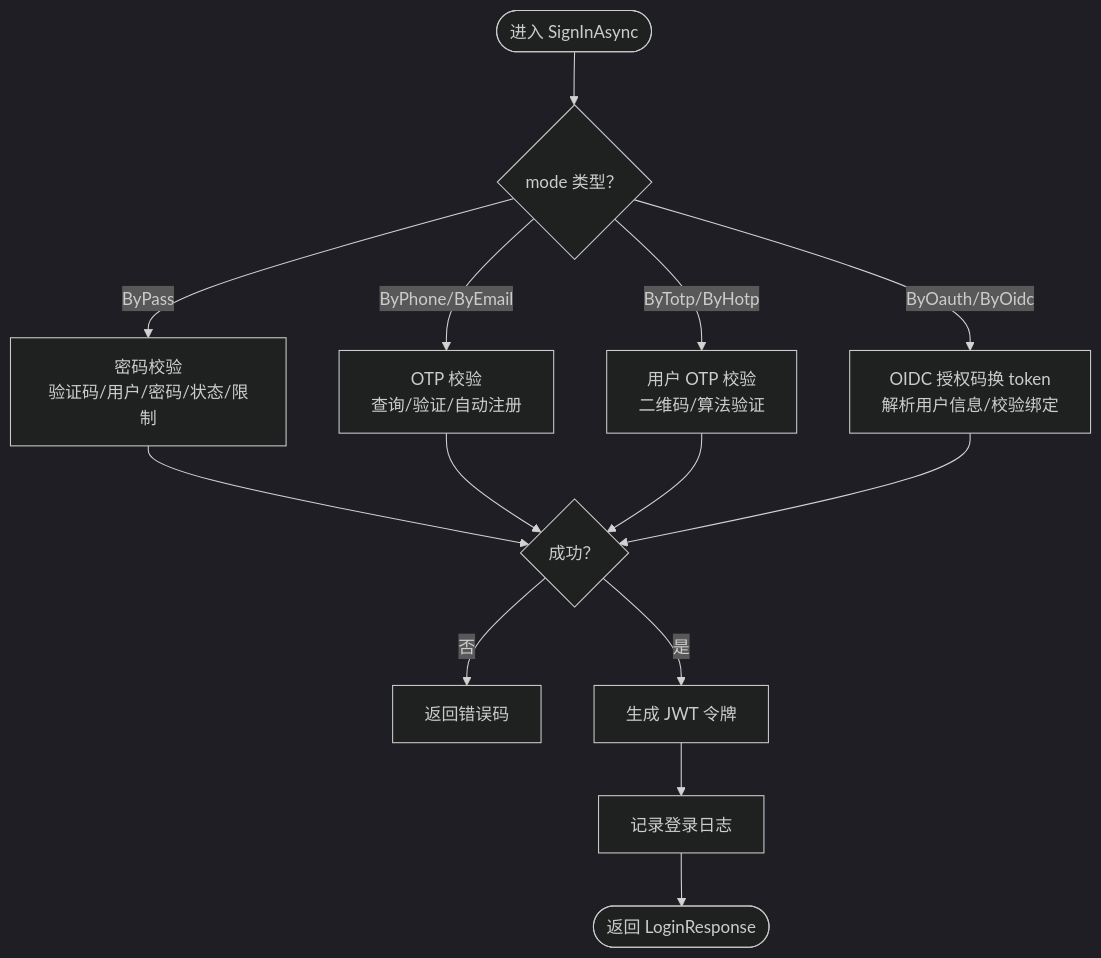
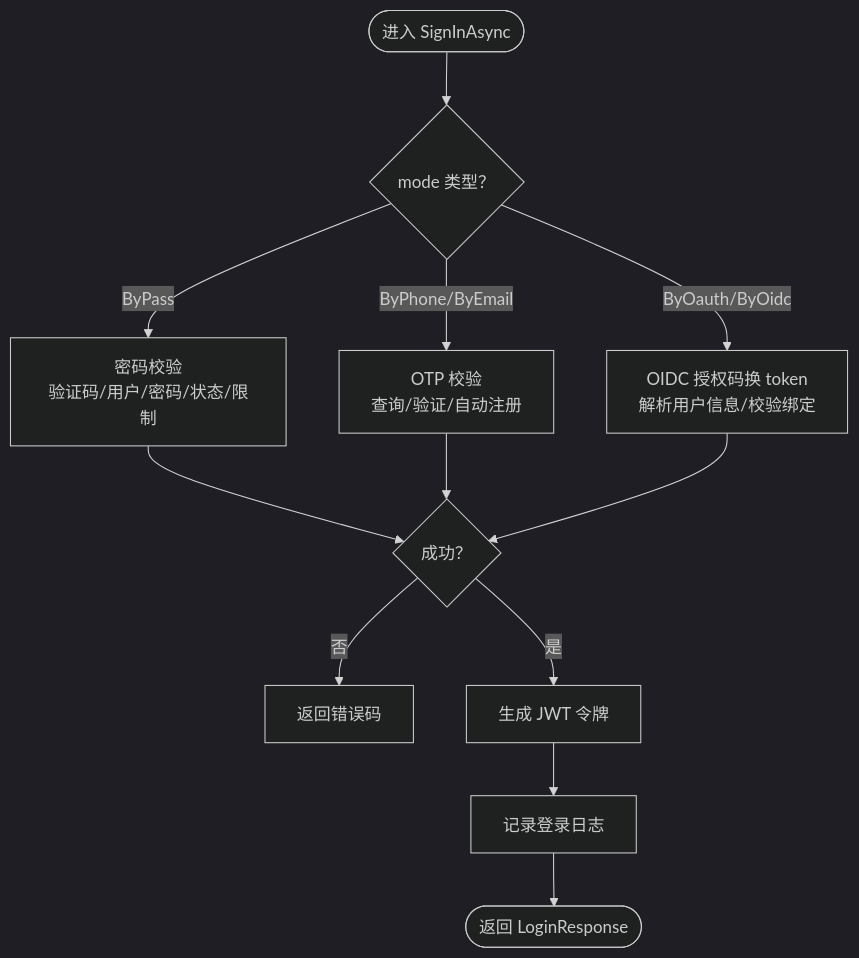
One commit to leadiot/Scm.Net changed the third of 7 diagrams in .qoder/repowiki/zh/content/用户认证系统/用户认证系统.md. Above: the diagram before and after it, drawn with Mermaid (dark theme). The commit also changed other lines of this file and 17 other files, not shown here.

````diff
--- a/.qoder/repowiki/zh/content/用户认证系统/用户认证系统.md
+++ b/.qoder/repowiki/zh/content/用户认证系统/用户认证系统.md
@@ -207,16 +184,14 @@
 ```mermaid
 flowchart TD
 Start(["进入 SignInAsync"]) --> Mode{"mode 类型？"}
 Mode --> |ByPass| Pwd["密码校验<br/>验证码/用户/密码/状态/限制"]
 Mode --> |ByPhone/ByEmail| Otp["OTP 校验<br/>查询/验证/自动注册"]
-Mode --> |ByTotp/ByHotp| UserOtp["用户 OTP 校验<br/>二维码/算法验证"]
 Mode --> |ByOauth/ByOidc| Oidc["OIDC 授权码换 token<br/>解析用户信息/校验绑定"]
 Pwd --> Ok{"成功？"}
 Otp --> Ok
-UserOtp --> Ok
 Oidc --> Ok
 Ok --> |否| Err["返回错误码"]
 Ok --> |是| Jwt["生成 JWT 令牌"]
 Jwt --> Log["记录登录日志"]
 Log --> Done(["返回 LoginResponse"])
 ```
````
